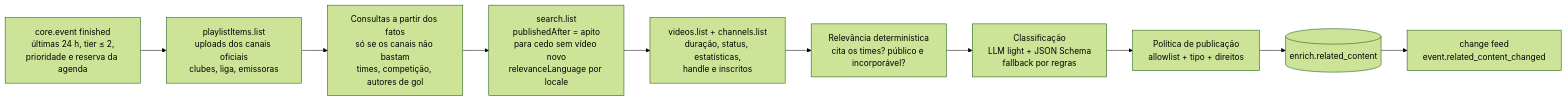
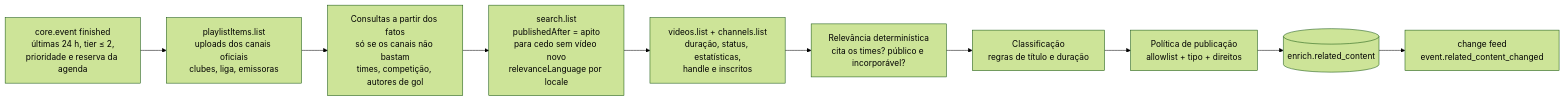
Before and after one commit to galaxie-works/galaxie-sports: the diagram in docs/12-conteudo-relacionado.md, drawn with Mermaid (forest theme). The commit also changed other lines of this file and 8 other files, not shown here.

````diff
--- a/docs/12-conteudo-relacionado.md
+++ b/docs/12-conteudo-relacionado.md
@@ -120,12 +120,12 @@
 ```mermaid
 flowchart LR
   C[core.event finished<br/>últimas 24 h, tier ≤ 2,<br/>prioridade e reserva da agenda] --> K[playlistItems.list<br/>uploads dos canais oficiais<br/>clubes, liga, emissoras]
   K --> Q[Consultas a partir dos fatos<br/>só se os canais não bastam<br/>times, competição, autores de gol]
   Q --> S[search.list<br/>publishedAfter = apito<br/>para cedo sem vídeo novo<br/>relevanceLanguage por locale]
   S --> V[videos.list + channels.list<br/>duração, status, estatísticas,<br/>handle e inscritos]
   V --> R[Relevância determinística<br/>cita os times? público e incorporável?]
-  R --> L[Classificação<br/>LLM light + JSON Schema<br/>fallback por regras]
+  R --> L[Classificação<br/>regras de título e duração]
   L --> P[Política de publicação<br/>allowlist + tipo + direitos]
   P --> DB[(enrich.related_content)]
   DB --> CF[change feed<br/>event.related_content_changed]
 ```
````
